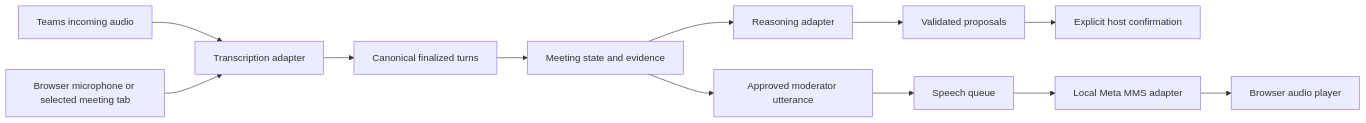
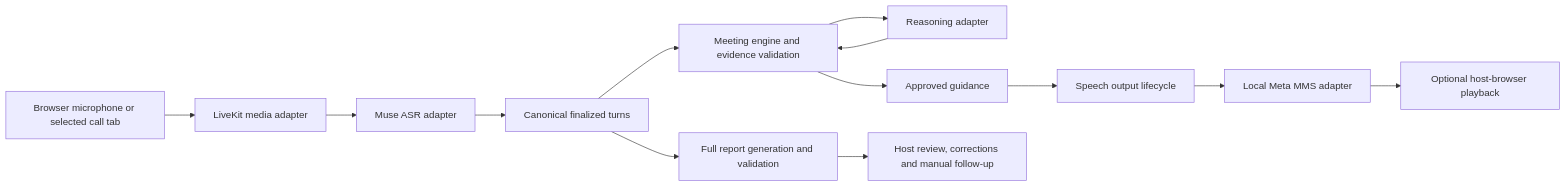
Before and after one commit to ejo4041/Rally: the diagram in docs/model-interfaces.md, drawn with Mermaid. The commit also changed other lines of this file and 8 other files, not shown here.

````diff
--- a/docs/model-interfaces.md
+++ b/docs/model-interfaces.md
@@ -7,14 +5,15 @@
 ```mermaid
 flowchart LR
-  T[Teams incoming audio] --> A[Transcription adapter]
-  B[Browser microphone or selected meeting tab] --> A
+  B[Browser microphone or selected call tab] --> L[LiveKit media adapter]
+  L --> A[Muse ASR adapter]
   A --> F[Canonical finalized turns]
-  F --> M[Meeting state and evidence]
-  M --> R[Reasoning adapter]
-  R --> P[Validated proposals]
-  P --> H[Explicit host confirmation]
-  M --> S[Approved moderator utterance]
-  S --> Q[Speech queue]
-  Q --> V[Local Meta MMS adapter]
-  V --> O[Browser audio player]
+  F --> E[Meeting engine and evidence validation]
+  E --> R[Reasoning adapter]
+  R --> E
+  E --> G[Approved guidance]
+  G --> S[Speech output lifecycle]
+  S --> V[Local Meta MMS adapter]
+  V --> O[Optional host-browser playback]
+  F --> Q[Full report generation and validation]
+  Q --> H[Host review, corrections and manual follow-up]
 ```
````
